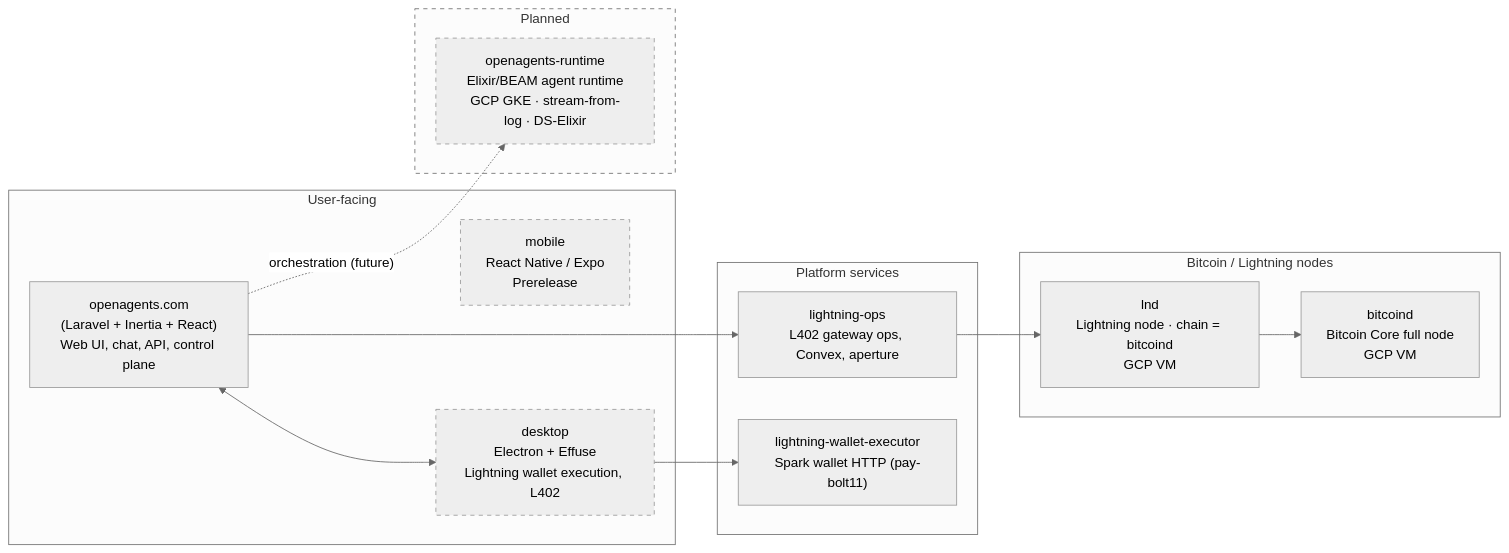
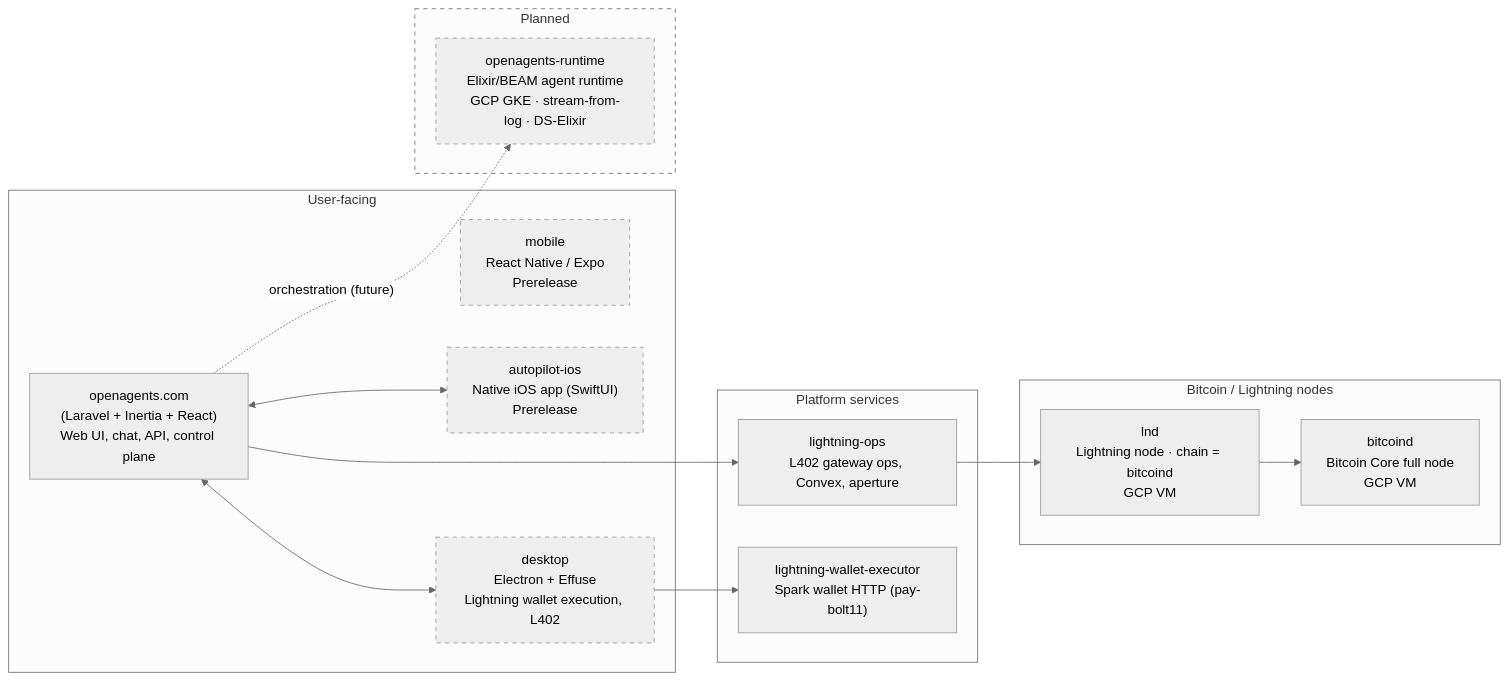
Before and after one commit to OpenAgentsInc/openagents: the diagram in README.md, drawn with Mermaid (neutral theme). The commit also changed other lines of this file and 16 other files, not shown here.

Commit message:
feat(ios): add autopilot iOS app scaffold and docs updates

````diff
--- a/README.md
+++ b/README.md
@@ -19,34 +19,37 @@
 ```mermaid
 flowchart LR
   subgraph user["User-facing"]
     web["openagents.com<br/>(Laravel + Inertia + React)<br/>Web UI, chat, API, control plane"]
     mobile["mobile<br/>React Native / Expo<br/>Prerelease"]
+    ios["autopilot-ios<br/>Native iOS app (SwiftUI)<br/>Prerelease"]
     desktop["desktop<br/>Electron + Effuse<br/>Lightning wallet execution, L402"]
   end
 
   subgraph platform["Platform services"]
     ops["lightning-ops<br/>L402 gateway ops, Convex, aperture"]
     executor["lightning-wallet-executor<br/>Spark wallet HTTP (pay-bolt11)"]
   end
 
   subgraph infra["Bitcoin / Lightning nodes"]
     bitcoind["bitcoind<br/>Bitcoin Core full node<br/>GCP VM"]
     lnd["lnd<br/>Lightning node · chain = bitcoind<br/>GCP VM"]
   end
 
   subgraph planned["Planned"]
     runtime["openagents-runtime<br/>Elixir/BEAM agent runtime<br/>GCP GKE · stream-from-log · DS-Elixir"]
   end
 
   web <--> desktop
+  web <--> ios
   web --> ops
   desktop --> executor
   ops --> lnd
   lnd --> bitcoind
   web -.->|"orchestration (future)"| runtime
 
   style runtime stroke-dasharray: 5 5
   style planned stroke-dasharray: 5 5
   style mobile stroke-dasharray: 5 5
+  style ios stroke-dasharray: 5 5
   style desktop stroke-dasharray: 5 5
 ```
````
